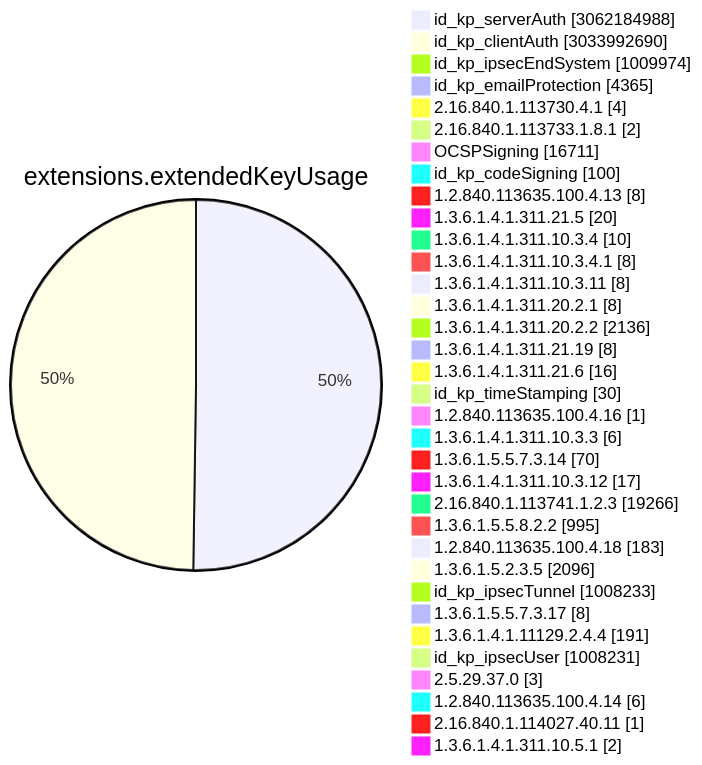
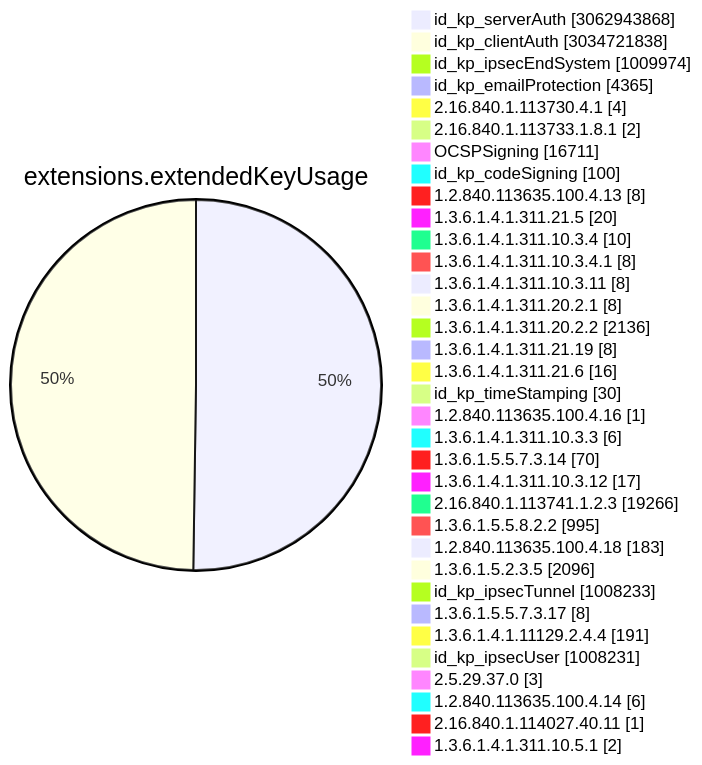
Diagram 11 of 15 in TOTAL/README.md (christiankrug/ctmonitor_visualization), drawn with Mermaid before and after one commit. The commit also changed other lines of this file, not shown here.

````diff
--- a/TOTAL/README.md
+++ b/TOTAL/README.md
@@ -4117,38 +4117,38 @@
 ```mermaid
 pie showData
 title extensions.extendedKeyUsage
-"id_kp_serverAuth" :3062184988
-"id_kp_clientAuth" :3033992690
+"id_kp_serverAuth" :3062943868
+"id_kp_clientAuth" :3034721838
 "id_kp_ipsecEndSystem" :1009974
 "id_kp_emailProtection" :4365
 "2.16.840.1.113730.4.1" :4
 "2.16.840.1.113733.1.8.1" :2
 "OCSPSigning" :16711
 "id_kp_codeSigning" :100
 "1.2.840.113635.100.4.13" :8
 "1.3.6.1.4.1.311.21.5" :20
 "1.3.6.1.4.1.311.10.3.4" :10
 "1.3.6.1.4.1.311.10.3.4.1" :8
 "1.3.6.1.4.1.311.10.3.11" :8
 "1.3.6.1.4.1.311.20.2.1" :8
 "1.3.6.1.4.1.311.20.2.2" :2136
 "1.3.6.1.4.1.311.21.19" :8
 "1.3.6.1.4.1.311.21.6" :16
 "id_kp_timeStamping" :30
 "1.2.840.113635.100.4.16" :1
 "1.3.6.1.4.1.311.10.3.3" :6
 "1.3.6.1.5.5.7.3.14" :70
 "1.3.6.1.4.1.311.10.3.12" :17
 "2.16.840.1.113741.1.2.3" :19266
 "1.3.6.1.5.5.8.2.2" :995
 "1.2.840.113635.100.4.18" :183
 "1.3.6.1.5.2.3.5" :2096
 "id_kp_ipsecTunnel" :1008233
 "1.3.6.1.5.5.7.3.17" :8
 "1.3.6.1.4.1.11129.2.4.4" :191
 "id_kp_ipsecUser" :1008231
 "2.5.29.37.0" :3
 "1.2.840.113635.100.4.14" :6
 "2.16.840.1.114027.40.11" :1
 "1.3.6.1.4.1.311.10.5.1" :2
 ```
````
